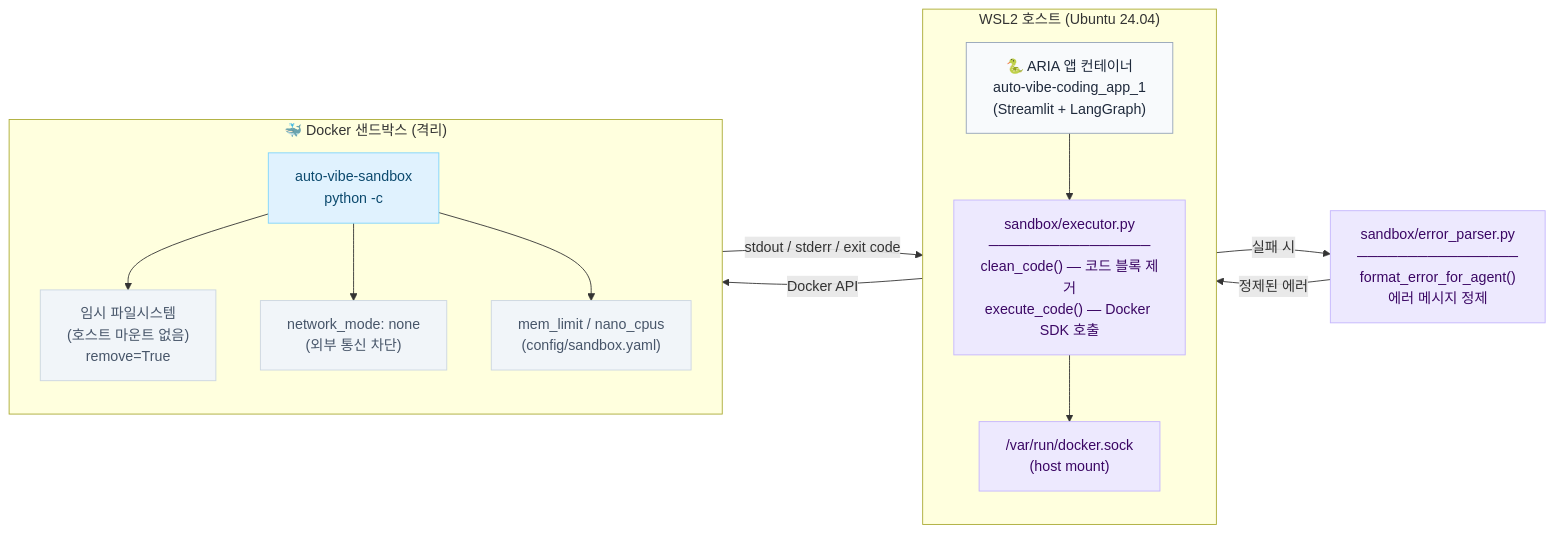
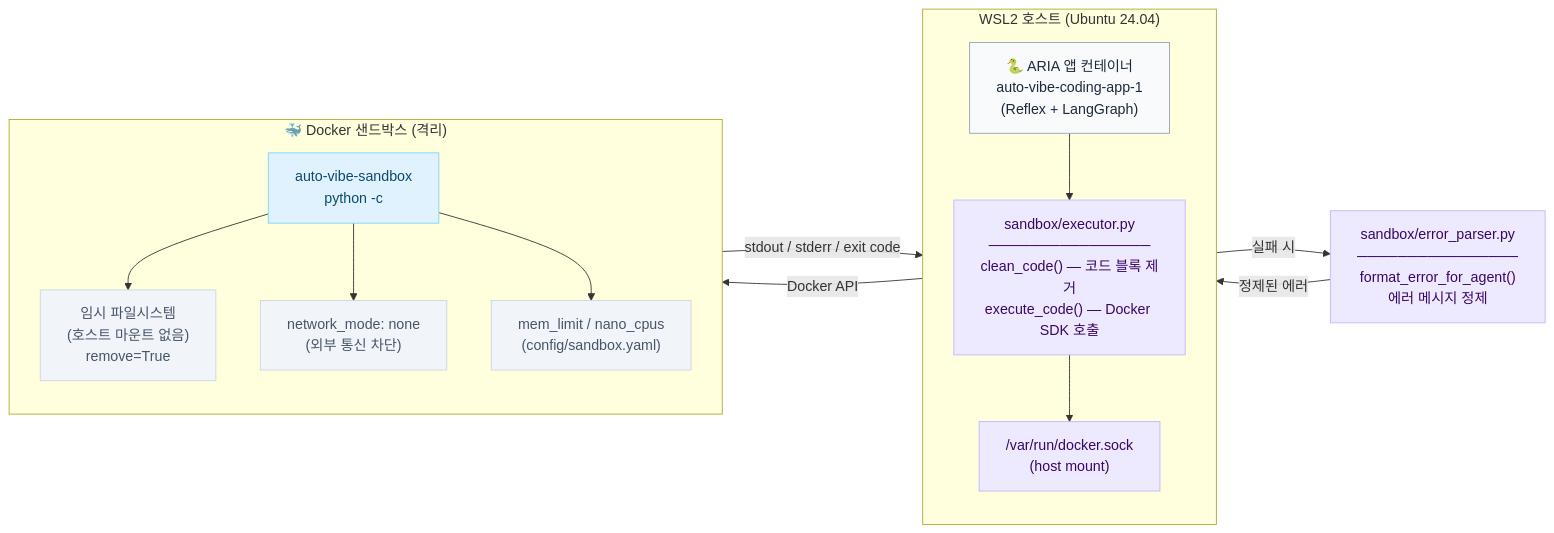
The diagram in architecture/architecture_sandbox.mermaid (kuro-0211/auto-vibe-coding), drawn with Mermaid before and after one commit. The commit also changed 7 other files, not shown here.

First line of the commit message:
docs(architecture): mermaid 다이어그램을 현재 코드 기준으로 동기화 + SVG 재생성

```diff
--- a/architecture/architecture_sandbox.mermaid
+++ b/architecture/architecture_sandbox.mermaid
@@ -1,31 +1,31 @@
 flowchart LR
     subgraph HOST["WSL2 호스트 (Ubuntu 24.04)"]
         direction TB
-        APP["🐍 ARIA 앱 컨테이너\nauto-vibe-coding_app_1\n(Streamlit + LangGraph)"]:::app
+        APP["🐍 ARIA 앱 컨테이너\nauto-vibe-coding-app-1\n(Reflex + LangGraph)"]:::app
         EXECUTOR["sandbox/executor.py\n────────────────\nclean_code() — 코드 블록 제거\nexecute_code() — Docker SDK 호출"]:::tool
         SOCK["/var/run/docker.sock\n(host mount)"]:::tool
         APP --> EXECUTOR --> SOCK
     end
 
     subgraph SB["🐳 Docker 샌드박스 (격리)"]
         direction TB
         RUN["auto-vibe-sandbox\npython -c <code>"]:::docker
         FS["임시 파일시스템\n(호스트 마운트 없음)\nremove=True"]:::slate
         NET["network_mode: none\n(외부 통신 차단)"]:::slate
         LIMIT["mem_limit / nano_cpus\n(config/sandbox.yaml)"]:::slate
         RUN --> FS
         RUN --> NET
         RUN --> LIMIT
     end
 
     PARSER["sandbox/error_parser.py\n────────────────\nformat_error_for_agent()\n에러 메시지 정제"]:::tool
 
     SOCK -- "Docker API" --> SB
     SB -- "stdout / stderr / exit code" --> EXECUTOR
     EXECUTOR -- "실패 시" --> PARSER
     PARSER -- "정제된 에러" --> APP
 
     classDef app    fill:#f8fafc,stroke:#94a3b8,color:#1e293b
     classDef tool   fill:#ede9fe,stroke:#c4b5fd,color:#3b0764
     classDef docker fill:#e0f2fe,stroke:#7dd3fc,color:#0c4a6e
     classDef slate  fill:#f1f5f9,stroke:#cbd5e1,color:#475569
```
